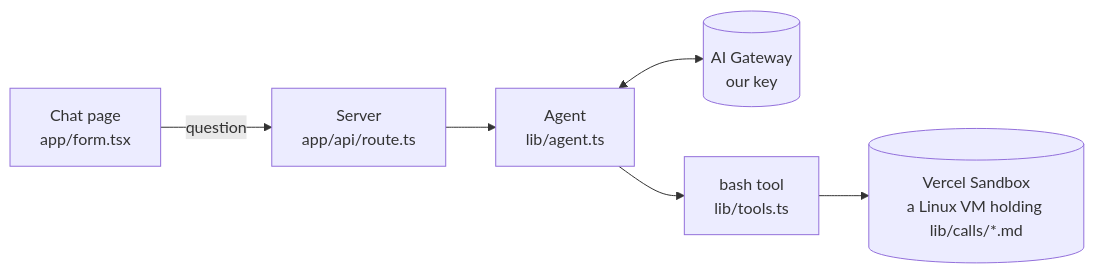
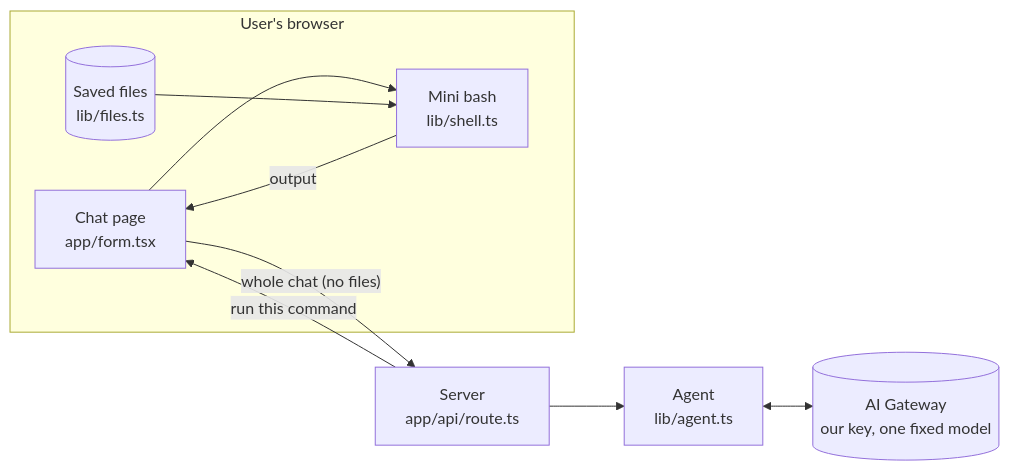
The first of 3 diagrams in docs/hld.md (khushpanchal/filesystem-agent), drawn with Mermaid before and after one commit. The commit also changed other lines of this file and 6 other files, not shown here.

First line of the commit message:
feat(agent): step 8 remove the Vercel Sandbox

````diff
--- a/docs/hld.md
+++ b/docs/hld.md
@@ -13,8 +13,19 @@
 ```mermaid
 flowchart LR
-  F["Chat page<br/>app/form.tsx"] -- "question" --> R["Server<br/>app/api/route.ts"]
-  R --> A["Agent<br/>lib/agent.ts"]
-  A <--> G[("AI Gateway<br/>our key")]
-  A --> T["bash tool<br/>lib/tools.ts"]
-  T --> SB[("Vercel Sandbox<br/>a Linux VM holding lib/calls/*.md")]
+  subgraph Browser["User's browser"]
+    UI["Chat page<br/>app/form.tsx"]
+    FILES[("Saved files<br/>lib/files.ts")]
+    SH["Mini bash<br/>lib/shell.ts"]
+  end
+  R["Server<br/>app/api/route.ts"]
+  A["Agent<br/>lib/agent.ts"]
+  G[("AI Gateway<br/>our key, one fixed model")]
+
+  UI -- "whole chat (no files)" --> R
+  R --> A
+  A <--> G
+  R -- "run this command" --> UI
+  UI --> SH
+  FILES --> SH
+  SH -- "output" --> UI
 ```
````
